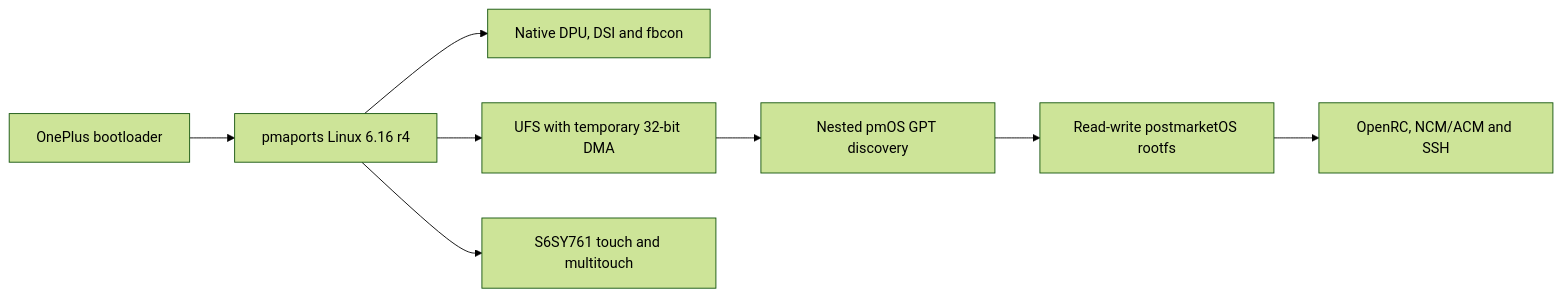
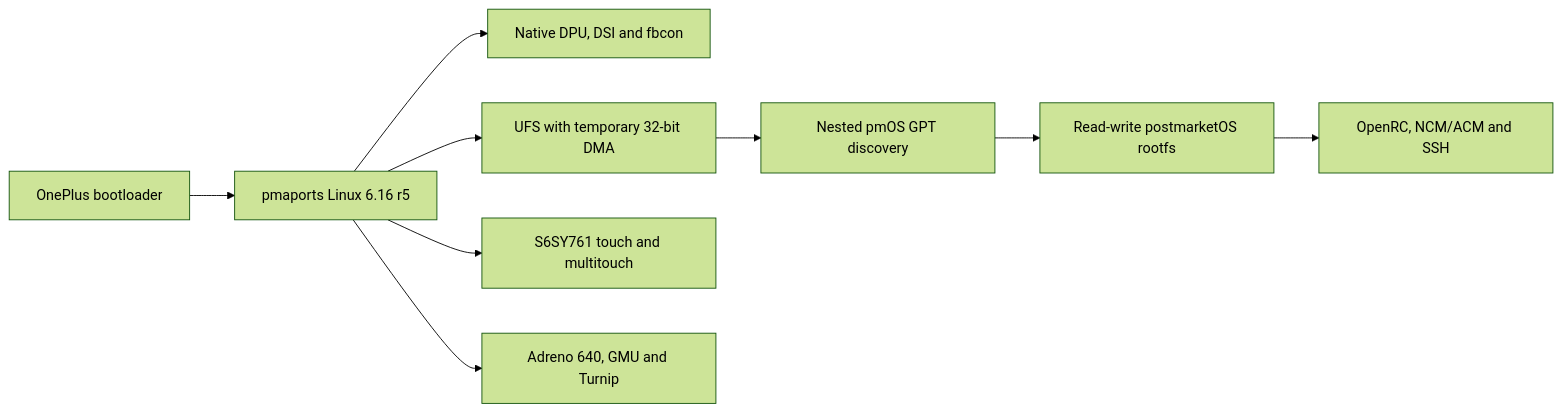
The diagram in README.md (Sr-0w/hotdog-linux-bringup), drawn with Mermaid (forest theme) before and after one commit. The commit also changed other lines of this file and 10 other files, not shown here.

````diff
--- a/README.md
+++ b/README.md
@@ -127,10 +135,11 @@
 ```mermaid
 flowchart LR
-    A["OnePlus bootloader"] --> B["pmaports Linux 6.16 r4"]
+    A["OnePlus bootloader"] --> B["pmaports Linux 6.16 r5"]
     B --> C["Native DPU, DSI and fbcon"]
     B --> D["UFS with temporary 32-bit DMA"]
     D --> E["Nested pmOS GPT discovery"]
     E --> F["Read-write postmarketOS rootfs"]
     F --> G["OpenRC, NCM/ACM and SSH"]
     B --> H["S6SY761 touch and multitouch"]
+    B --> I["Adreno 640, GMU and Turnip"]
 ```
````
